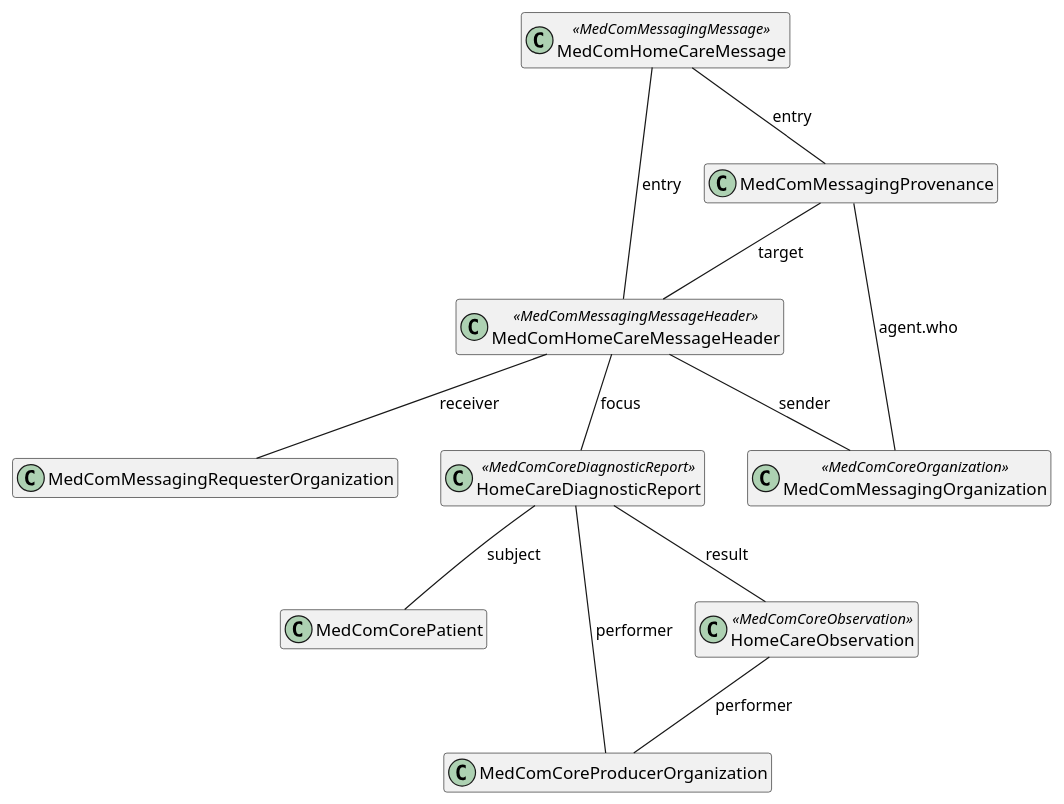
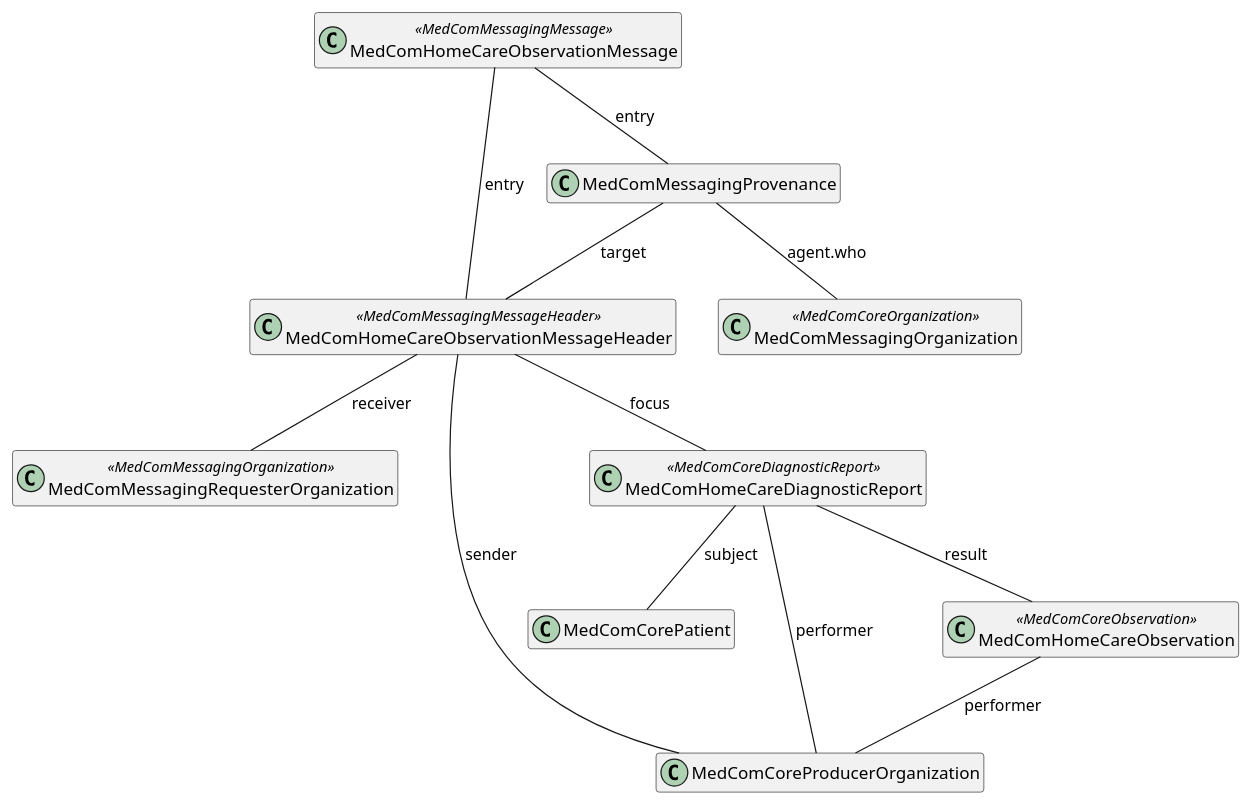
Before and after one commit to medcomdk/dk_MunicipalityObservationResults: the diagram in puml/HomeCareObservartionMessage.puml, drawn with PlantUML. The commit also changed 4 other files, not shown here.

Commit message:
PUML diagrams updated

```diff
--- a/puml/HomeCareObservartionMessage.puml
+++ b/puml/HomeCareObservartionMessage.puml
@@ -1,32 +1,32 @@
 @startuml HomeCareObservationMessage
 
 hide empty members
 
 top to bottom direction
 
-class "MedComHomeCareMessage" as message <<MedComMessagingMessage>>
-class "MedComHomeCareMessageHeader" as messageheader <<MedComMessagingMessageHeader>>
+class "MedComHomeCareObservationMessage" as message <<MedComMessagingMessage>>
+class "MedComHomeCareObservationMessageHeader" as messageheader <<MedComMessagingMessageHeader>>
 class "MedComMessagingProvenance" as provenance
 class "MedComMessagingOrganization" as messagingOrganization <<MedComCoreOrganization>>
-class "MedComMessagingRequesterOrganization" as observationRequester 
+class "MedComMessagingRequesterOrganization" as observationRequester <<MedComMessagingOrganization>>
 class "MedComCorePatient" as patient
-class "MedComCoreProducerOrganization" as organization
+class "MedComCoreProducerOrganization" as organization 
 ' class "MedComCorePractitioner" as author
-class "HomeCareDiagnosticReport" as diagnosticReport <<MedComCoreDiagnosticReport>>
-class "HomeCareObservation" as coreobservation <<MedComCoreObservation>>
+class "MedComHomeCareDiagnosticReport" as diagnosticReport <<MedComCoreDiagnosticReport>>
+class "MedComHomeCareObservation" as coreobservation <<MedComCoreObservation>>
 
 message -- messageheader : "entry"
 messageheader -- diagnosticReport : "focus"
 message -- provenance : "entry"
 provenance -- messageheader : "target" 
 provenance -- messagingOrganization : "agent.who"
 diagnosticReport -- patient : "subject"
 diagnosticReport -- organization: "performer"
 diagnosticReport -- coreobservation : "result"
 coreobservation -- organization:"performer"
 
 
 messageheader -- observationRequester : "receiver"
-messageheader -- messagingOrganization : "sender"
+messageheader -- organization : "sender"
 
 @enduml
```
